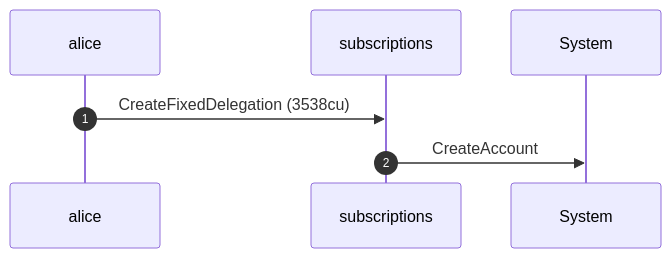
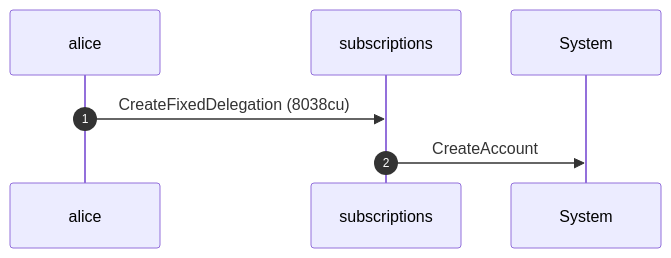
One commit to cds-rs/subscriptions changed the fifth of 8 diagrams in dsl_tests/create-a-fixed-delegation.md. Above: the diagram before and after it, drawn with Mermaid. The commit also changed other lines of this file and 224 other files, not shown here.

````diff
--- a/dsl_tests/create-a-fixed-delegation.md
+++ b/dsl_tests/create-a-fixed-delegation.md
@@ -104,9 +110,9 @@
 ```mermaid
 sequenceDiagram
     autonumber
     participant alice
     participant subscriptions
     participant System
-    alice ->> subscriptions: CreateFixedDelegation (3538cu)
+    alice ->> subscriptions: CreateFixedDelegation (8038cu)
     subscriptions ->> System: CreateAccount
 ```
````
